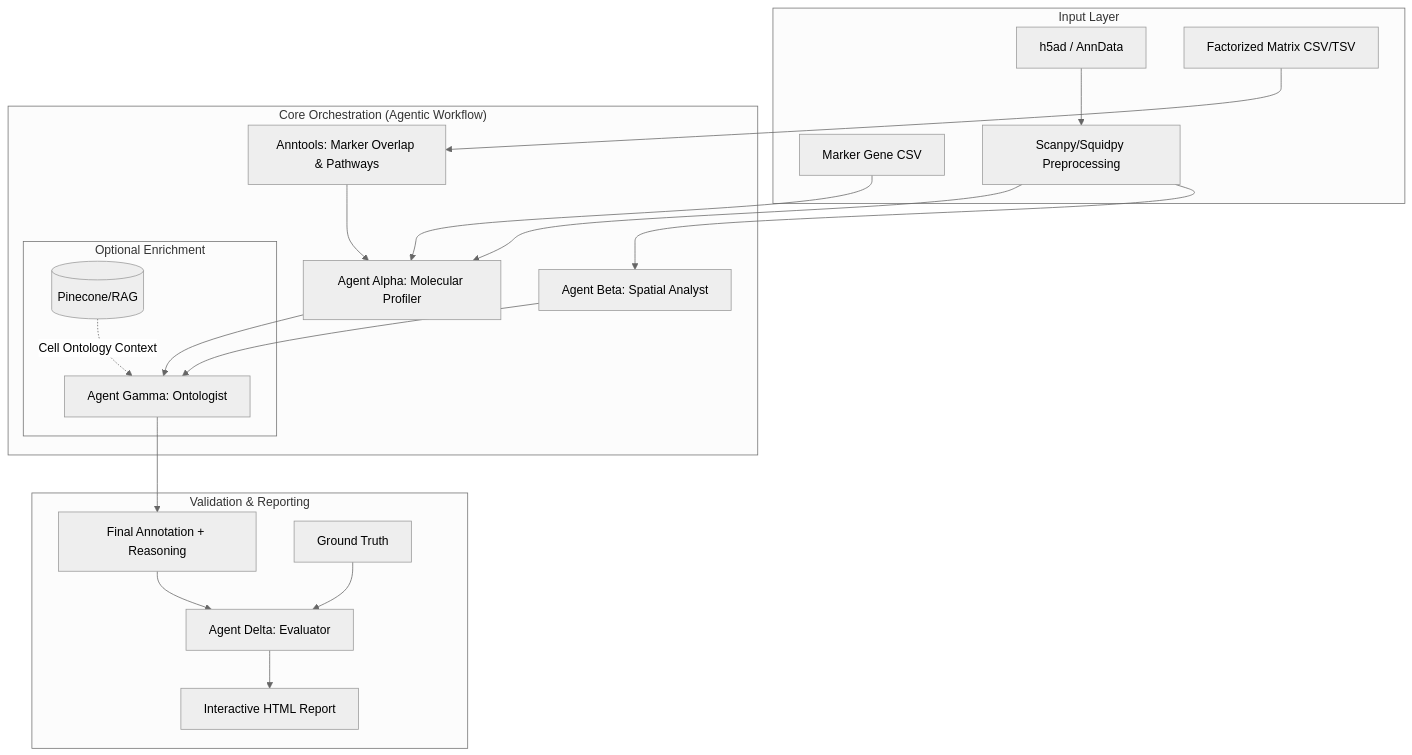
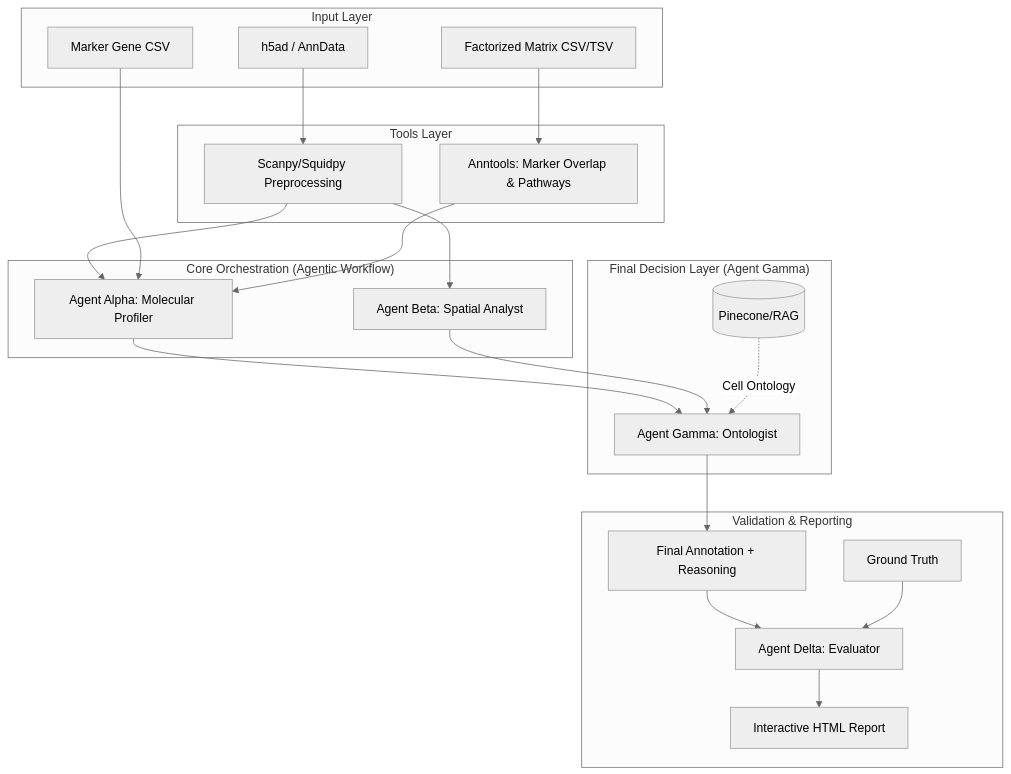
One commit to MorrissyLab/TranScribe changed the diagram in README.md. Above: the diagram before and after it, drawn with Mermaid (neutral theme).

Commit message:
docs: restructure workflow diagram in README

````diff
--- a/README.md
+++ b/README.md
@@ -24,30 +24,35 @@
 ```mermaid
 graph TD
     subgraph "Input Layer"
         H5[h5ad / AnnData]
         CSV[Marker Gene CSV]
         FAC[Factorized Matrix CSV/TSV]
-        H5 --> PRE[Scanpy/Squidpy Preprocessing]
+    end
+
+    subgraph "Tools Layer"
+        PRE[Scanpy/Squidpy Preprocessing]
+        Ann[Anntools: Marker Overlap & Pathways]
+        H5 --> PRE
+        FAC --> Ann
     end
 
     subgraph "Core Orchestration (Agentic Workflow)"
         PRE --> Alpha[Agent Alpha: Molecular Profiler]
         CSV --> Alpha
-        FAC --> Ann[Anntools: Marker Overlap & Pathways]
         Ann --> Alpha
         PRE --> Beta[Agent Beta: Spatial Analyst]
+    end
+
+    subgraph "Final Decision Layer (Agent Gamma)"
         Alpha --> Gamma[Agent Gamma: Ontologist]
         Beta --> Gamma
-        
-        subgraph "Optional Enrichment"
-            DB[(Pinecone/RAG)] -.->|Cell Ontology Context| Gamma
-        end
+        DB[(Pinecone/RAG)] -.->|Cell Ontology| Gamma
     end
 
     subgraph "Validation & Reporting"
         Gamma --> R[Final Annotation + Reasoning]
         R --> Delta[Agent Delta: Evaluator]
         GT[Ground Truth] --> Delta
         Delta --> V[Interactive HTML Report]
     end
 ```
````
